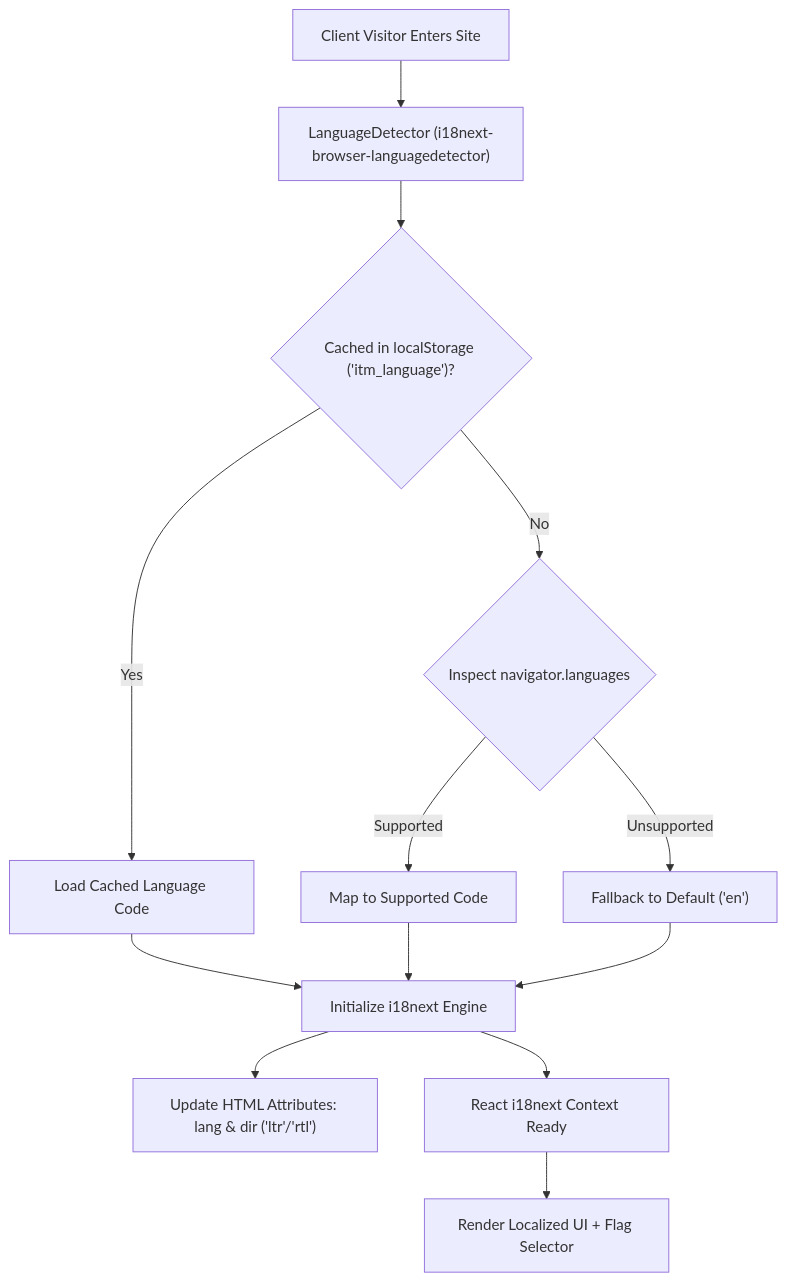
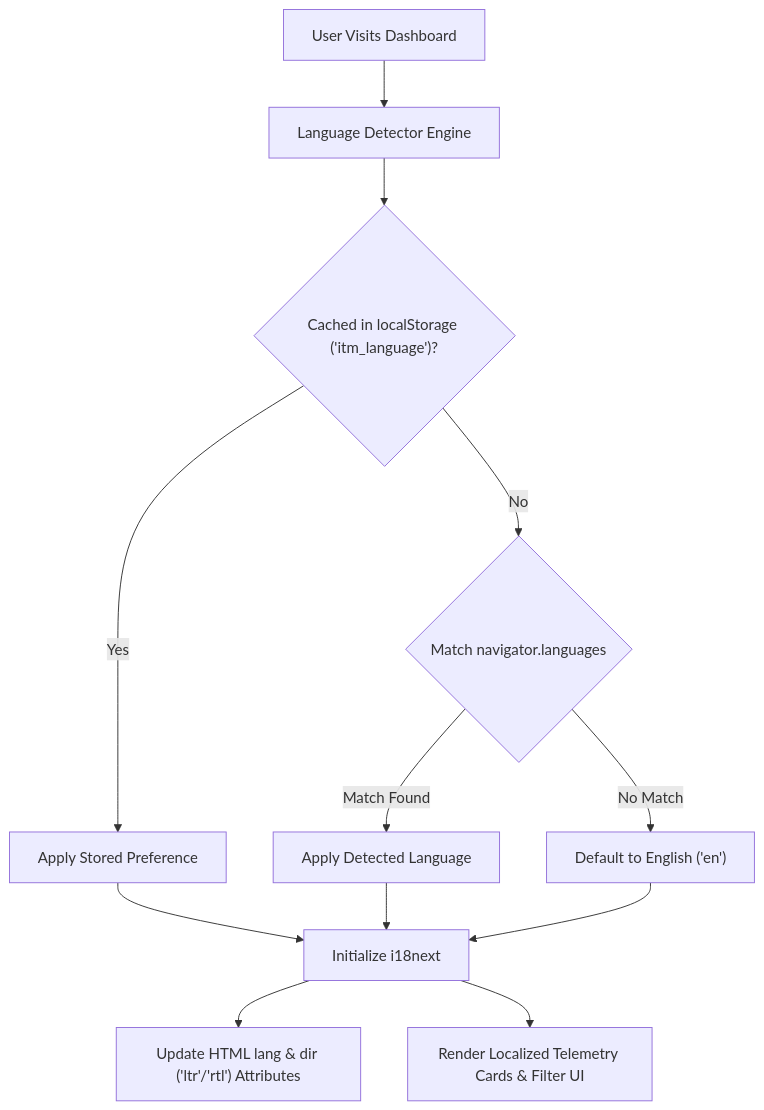
One commit to INFO-TECH-MICROSYSTEMS/ITMKPIDashboard changed the diagram in docs/globalization_guide.md. Above: the diagram before and after it, drawn with Mermaid. The commit also changed other lines of this file and 11 other files, not shown here.

````diff
--- a/docs/globalization_guide.md
+++ b/docs/globalization_guide.md
@@ -15,17 +15,16 @@
 ```mermaid
 graph TD
-    ClientReq["Client Visitor Enters Site"] --> Detector["LanguageDetector (i18next-browser-languagedetector)"]
+    User["User Visits Dashboard"] --> Detector["Language Detector Engine"]
     Detector --> CheckStorage{"Cached in localStorage ('itm_language')?"}
-    CheckStorage -- Yes --> LoadCached["Load Cached Language Code"]
-    CheckStorage -- No --> CheckNav{"Inspect navigator.languages"}
-    CheckNav -- Supported --> MapNav["Map to Supported Code"]
-    CheckNav -- Unsupported --> Default["Fallback to Default ('en')"]
+    CheckStorage -- Yes --> UseCached["Apply Stored Preference"]
+    CheckStorage -- No --> CheckBrowser{"Match navigator.languages"}
+    CheckBrowser -- Match Found --> UseBrowser["Apply Detected Language"]
+    CheckBrowser -- No Match --> Fallback["Default to English ('en')"]
     
-    LoadCached --> InitI18n["Initialize i18next Engine"]
-    MapNav --> InitI18n
-    Default --> InitI18n
+    UseCached --> Init["Initialize i18next"]
+    UseBrowser --> Init
+    Fallback --> Init
     
-    InitI18n --> DOMUpdate["Update HTML Attributes: lang & dir ('ltr'/'rtl')"]
-    InitI18n --> ReactiveState["React i18next Context Ready"]
-    ReactiveState --> UI["Render Localized UI + Flag Selector"]
+    Init --> DOM["Update HTML lang & dir ('ltr'/'rtl') Attributes"]
+    Init --> Render["Render Localized Telemetry Cards & Filter UI"]
 ```
````
